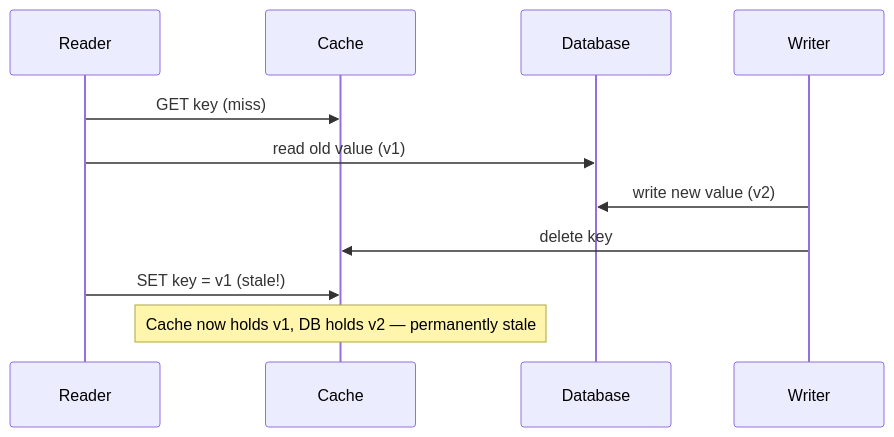
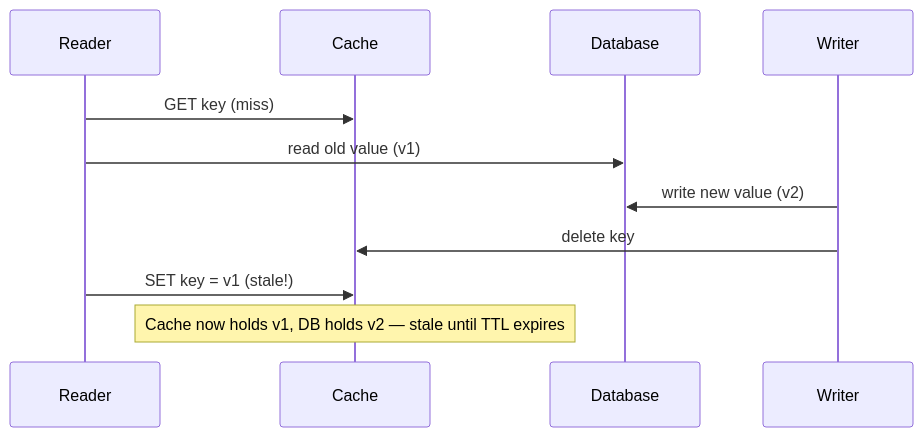
One commit to vabs/vabs.github.io changed the second of 2 diagrams in content/post/distributed-cache-invalidation-cache-aside-vs-write-through.md. Above: the diagram before and after it, drawn with Mermaid. The commit also changed other lines of this file and 87 other files, not shown here.

First line of the commit message:
Fix: Readable mermaid diagrams and fact-check blog posts

```diff
--- a/content/post/distributed-cache-invalidation-cache-aside-vs-write-through.md
+++ b/content/post/distributed-cache-invalidation-cache-aside-vs-write-through.md
@@ -92,13 +92,13 @@
 {{< mermaid >}}
 sequenceDiagram
   participant R as Reader
   participant C as Cache
   participant D as Database
   participant W as Writer
   R->>C: GET key (miss)
   R->>D: read old value (v1)
   W->>D: write new value (v2)
   W->>C: delete key
   R->>C: SET key = v1 (stale!)
-  Note over C: Cache now holds v1, DB holds v2 — permanently stale
+  Note over C: Cache now holds v1, DB holds v2 — stale until TTL expires
 {{< /mermaid >}}
```
